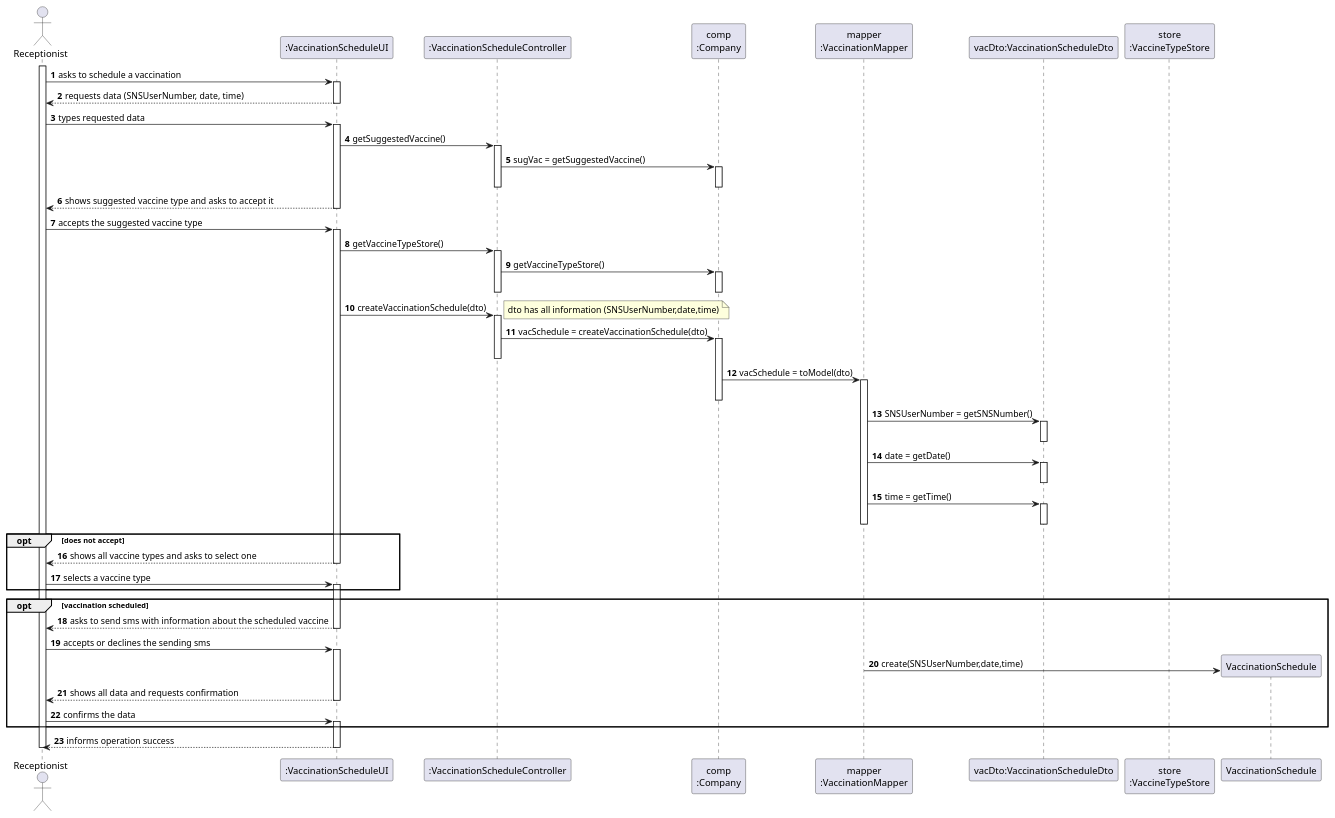
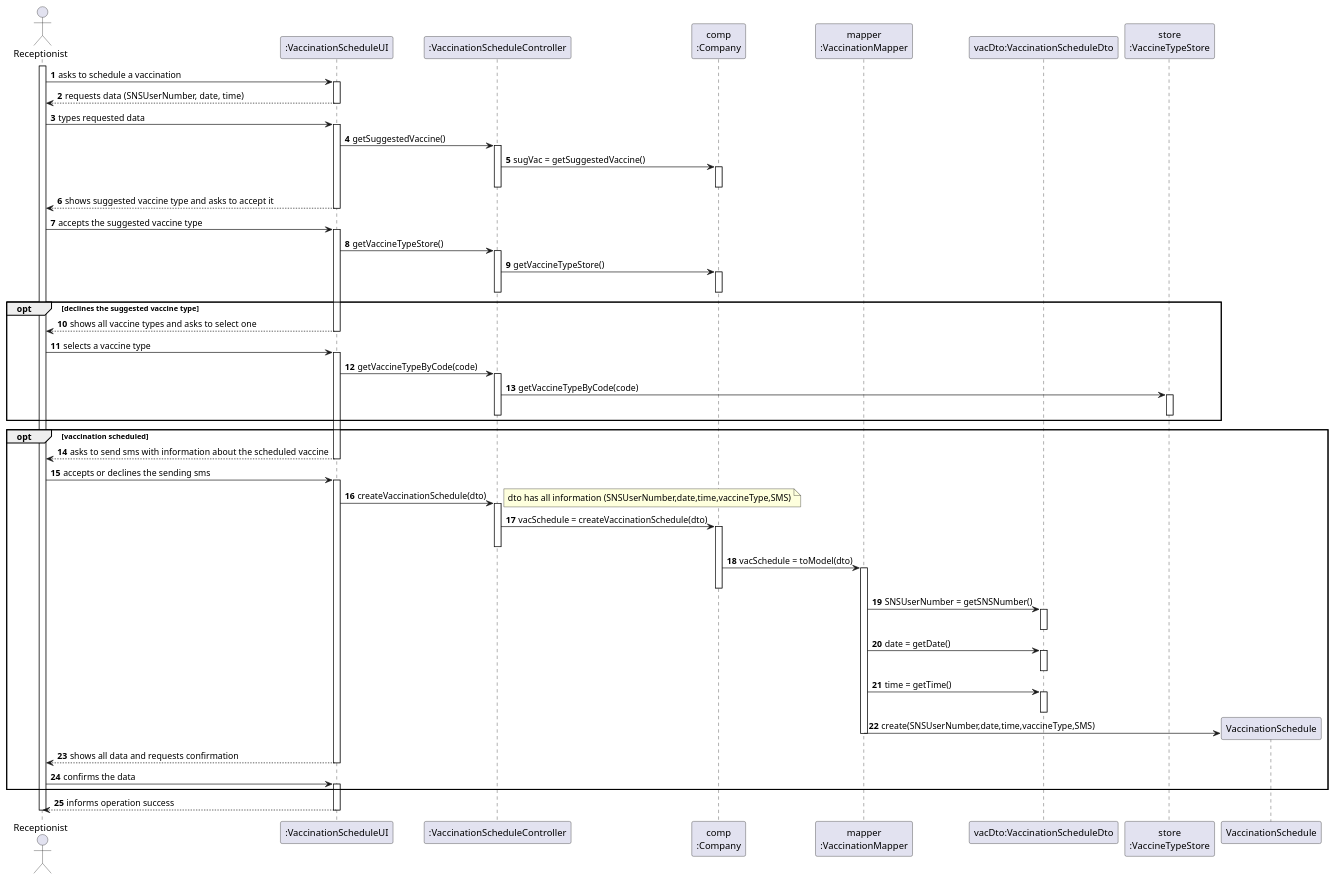
Before and after one commit to miseEnPlace-i/lapr2: the diagram in docs/SprintC/US02/SD/US02_SD.puml, drawn with PlantUML. The commit also changed 1 other file, not shown here.

```diff
--- a/docs/SprintC/US02/SD/US02_SD.puml
+++ b/docs/SprintC/US02/SD/US02_SD.puml
@@ -1,100 +1,109 @@
 @startuml US02_SD
 autonumber
 'hide footbox
 actor "Receptionist" as RECEPT
 
 participant ":VaccinationScheduleUI" as UI
 participant ":VaccinationScheduleController" as CTRL
 participant "comp\n:Company" as COMP
 participant "mapper\n:VaccinationMapper" as MAPPER
 participant "vacDto:VaccinationScheduleDto" as DTO
 participant "store\n:VaccineTypeStore" as STORE
 
 activate RECEPT
 RECEPT -> UI : asks to schedule a vaccination
 activate UI
-
 
 UI --> RECEPT : requests data (SNSUserNumber, date, time)
 deactivate UI
 
 RECEPT -> UI : types requested data
 activate UI
 
 UI -> CTRL : getSuggestedVaccine()
 activate CTRL
 
 CTRL -> COMP : sugVac = getSuggestedVaccine()
 activate COMP
 deactivate CTRL
 deactivate COMP
 
 UI --> RECEPT : shows suggested vaccine type and asks to accept it
 deactivate UI
 
 RECEPT -> UI : accepts the suggested vaccine type
 activate UI
 
 UI -> CTRL : getVaccineTypeStore()
 activate CTRL
 
 CTRL -> COMP : getVaccineTypeStore()
 activate COMP
+deactivate COMP
 deactivate CTRL
-deactivate COMP
+
+
+opt declines the suggested vaccine type
+UI --> RECEPT : shows all vaccine types and asks to select one
+deactivate UI
+
+RECEPT -> UI : selects a vaccine type
+activate UI
+
+UI -> CTRL : getVaccineTypeByCode(code)
+activate CTRL
+
+CTRL -> STORE : getVaccineTypeByCode(code)
+activate STORE
+deactivate STORE
+deactivate CTRL
+end
+
+opt vaccination scheduled 
+UI --> RECEPT : asks to send sms with information about the scheduled vaccine
+deactivate UI
+RECEPT -> UI : accepts or declines the sending sms
+activate UI
 
 UI -> CTRL : createVaccinationSchedule(dto)
 activate CTRL
 
 note right 
-dto has all information (SNSUserNumber,date,time)
+dto has all information (SNSUserNumber,date,time,vaccineType,SMS)
 end note
 CTRL -> COMP : vacSchedule = createVaccinationSchedule(dto)
 activate COMP
 deactivate CTRL
 
 COMP -> MAPPER : vacSchedule = toModel(dto)
 activate MAPPER
 deactivate COMP
 
 MAPPER -> DTO : SNSUserNumber = getSNSNumber()
 activate DTO
 deactivate DTO
 
 MAPPER -> DTO : date = getDate()
 activate DTO
 deactivate DTO
 
 MAPPER -> DTO : time = getTime()
 activate DTO
 deactivate DTO
+deactivate CTRL
+
+MAPPER -> VaccinationSchedule** : create(SNSUserNumber,date,time,vaccineType,SMS)
 deactivate MAPPER
-
-opt does not accept
-UI --> RECEPT : shows all vaccine types and asks to select one
-deactivate UI
-RECEPT -> UI : selects a vaccine type
-activate UI
-end
-
-opt vaccination scheduled 
-UI --> RECEPT : asks to send sms with information about the scheduled vaccine
-deactivate UI
-RECEPT -> UI : accepts or declines the sending sms
-activate UI
-
-MAPPER -> VaccinationSchedule** : create(SNSUserNumber,date,time)
 
 UI --> RECEPT : shows all data and requests confirmation
 deactivate UI
 RECEPT -> UI : confirms the data
 activate UI
 end
 
 UI --> RECEPT : informs operation success
 deactivate UI
 
-
 deactivate RECEPT
 
 @enduml
```
